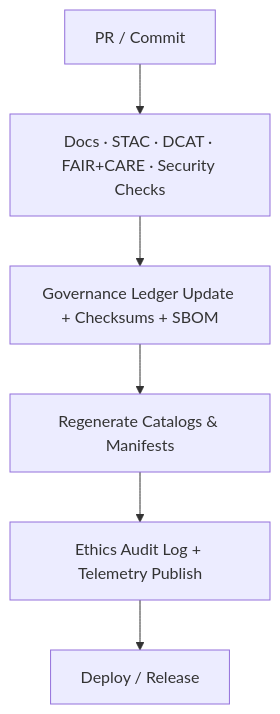
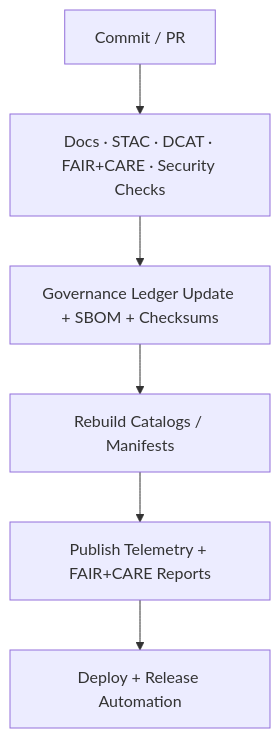
One commit to bartytime4life/Kansas-Frontier-Matrix changed the second of 2 diagrams in .github/README.md. Above: the diagram before and after it, drawn with Mermaid. The commit also changed other lines of this file, not shown here.

First line of the commit message:
Refine README for GitHub Actions and governance

````diff
--- a/.github/README.md
+++ b/.github/README.md
@@ -205,8 +207,8 @@
 ```mermaid
 flowchart TD
-  A[PR / Commit] --> B[Docs · STAC · DCAT · FAIR+CARE · Security Checks]
-  B --> C[Governance Ledger Update + Checksums + SBOM]
-  C --> D[Regenerate Catalogs & Manifests]
-  D --> E[Ethics Audit Log + Telemetry Publish]
-  E --> F[Deploy / Release]
+  A[Commit / PR] --> B[Docs · STAC · DCAT · FAIR+CARE · Security Checks]
+  B --> C[Governance Ledger Update + SBOM + Checksums]
+  C --> D[Rebuild Catalogs / Manifests]
+  D --> E[Publish Telemetry + FAIR+CARE Reports]
+  E --> F[Deploy + Release Automation]
 ```
````
